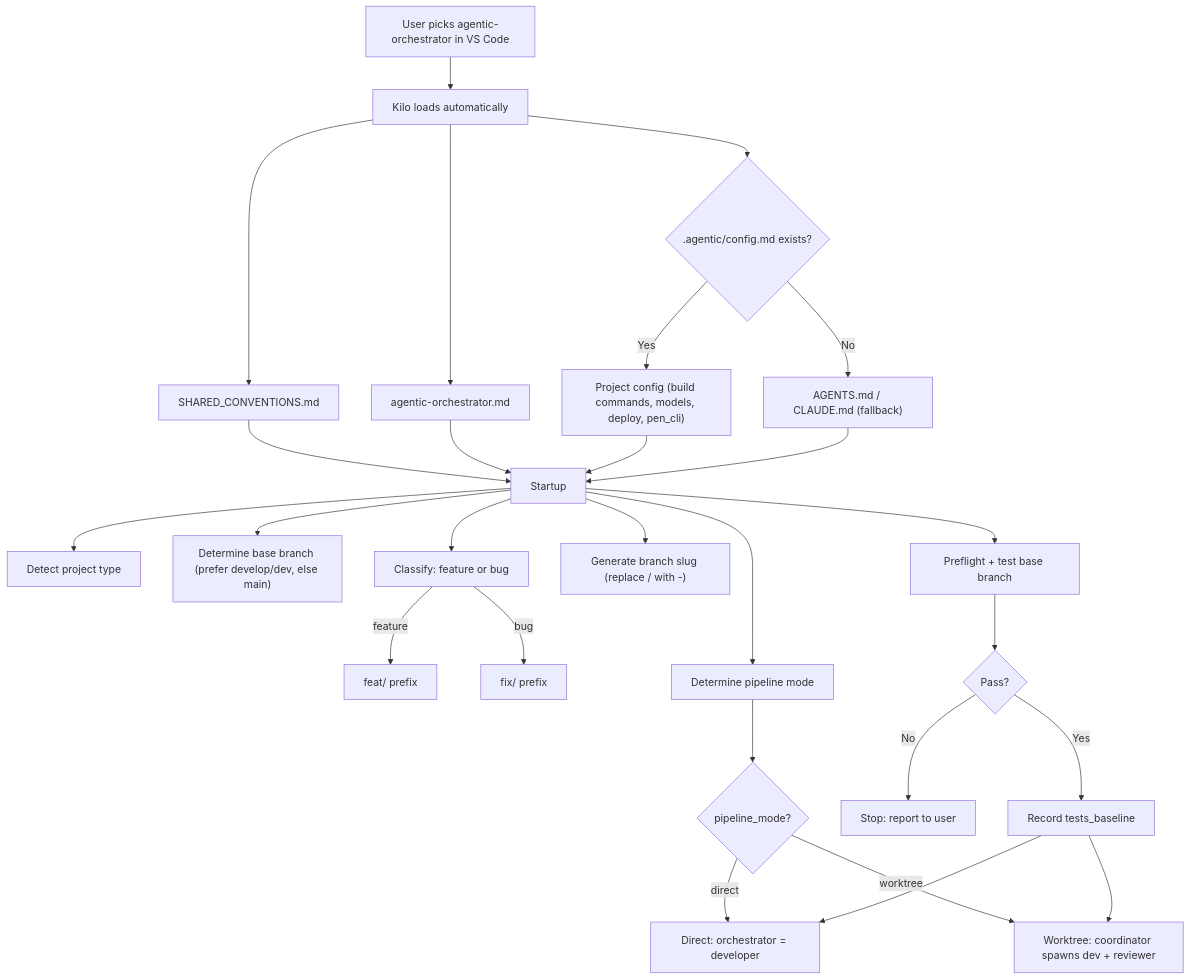
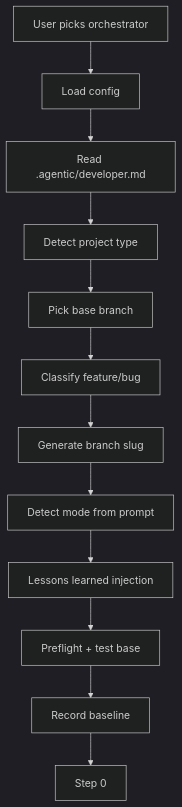
Before and after one commit to Nayeem170/KoThok: the first of 9 diagrams in docs/AGENTIC_PIPELINE.md, drawn with Mermaid. The commit also changed other lines of this file and 1 other file, not shown here.

First line of the commit message:
docs: rewrite pipeline diagrams for dark mode readability

````diff
--- a/docs/AGENTIC_PIPELINE.md
+++ b/docs/AGENTIC_PIPELINE.md
@@ -72,31 +76,15 @@
 ```mermaid
+%%{init: {'theme': 'dark'}}%%
 flowchart TD
-    U["User picks agentic-orchestrator in VS Code"]
-    K["Kilo loads automatically"]
-    K --> S["SHARED_CONVENTIONS.md"]
-    K --> A["agentic-orchestrator.md"]
-    K --> C{".agentic/config.md exists?"}
-    C -- Yes --> PC["Project config (build commands, models, deploy, pen_cli)"]
-    C -- No --> F["AGENTS.md / CLAUDE.md (fallback)"]
-    U --> K
-    S --> ST["Startup"]
-    A --> ST
-    PC --> ST
-    F --> ST
-    ST --> D["Detect project type"]
-    ST --> BB["Determine base branch (prefer develop/dev, else main)"]
-    ST --> CL["Classify: feature or bug"]
-    CL -- feature --> BP["feat/ prefix"]
-    CL -- bug --> BP2["fix/ prefix"]
-    ST --> SL["Generate branch slug (replace / with -)"]
-    ST --> PM["Determine pipeline mode"]
-    PM --> MODE{"pipeline_mode?"}
-    MODE -- direct --> DIR["Direct: orchestrator = developer"]
-    MODE -- worktree --> WTM["Worktree: coordinator spawns dev + reviewer"]
-    ST --> PF["Preflight + test base branch"]
-    PF --> PF2{"Pass?"}
-    PF2 -- No --> FAIL["Stop: report to user"]
-    PF2 -- Yes --> BL["Record tests_baseline"]
-    BL --> DIR
-    BL --> WTM
+    U["User picks orchestrator"] --> K["Load config"]
+    K --> DEV["Read .agentic/developer.md"]
+    DEV --> T["Detect project type"]
+    T --> BR["Pick base branch"]
+    BR --> CL["Classify feature/bug"]
+    CL --> SL["Generate branch slug"]
+    SL --> MD["Detect mode from prompt"]
+    MD --> LL["Lessons learned injection"]
+    LL --> PF["Preflight + test base"]
+    PF --> BL["Record baseline"]
+    BL --> GO["Step 0"]
 ```
````
